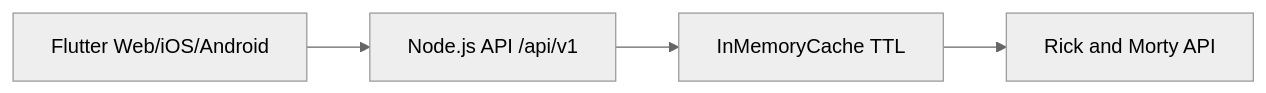
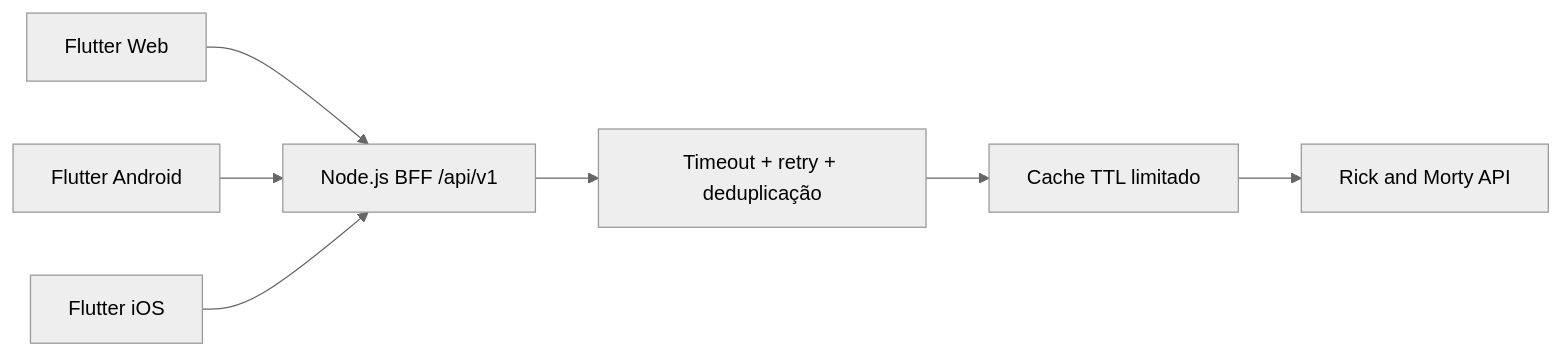
The first of 3 diagrams in docs/ARCHITECTURE.md (YannNeves/rick-and-morty-challenge), drawn with Mermaid (neutral theme) before and after one commit. The commit also changed other lines of this file and 68 other files, not shown here.

````diff
--- a/docs/ARCHITECTURE.md
+++ b/docs/ARCHITECTURE.md
@@ -5,6 +9,9 @@
 ```mermaid
 flowchart LR
-  Flutter["Flutter Web/iOS/Android"] --> API["Node.js API /api/v1"]
-  API --> Cache["InMemoryCache TTL"]
-  Cache --> RickMorty["Rick and Morty API"]
+  Web["Flutter Web"] --> API["Node.js BFF /api/v1"]
+  Android["Flutter Android"] --> API
+  IOS["Flutter iOS"] --> API
+  API --> Guard["Timeout + retry + deduplicação"]
+  Guard --> Cache["Cache TTL limitado"]
+  Cache --> Upstream["Rick and Morty API"]
 ```
````
